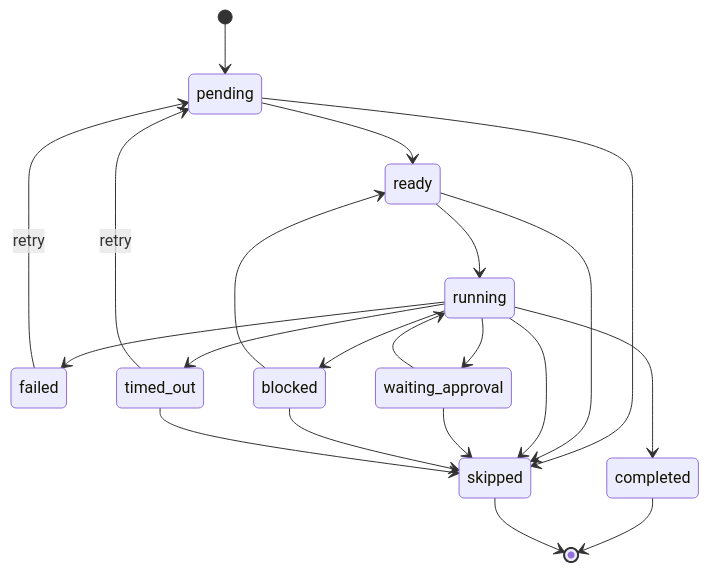
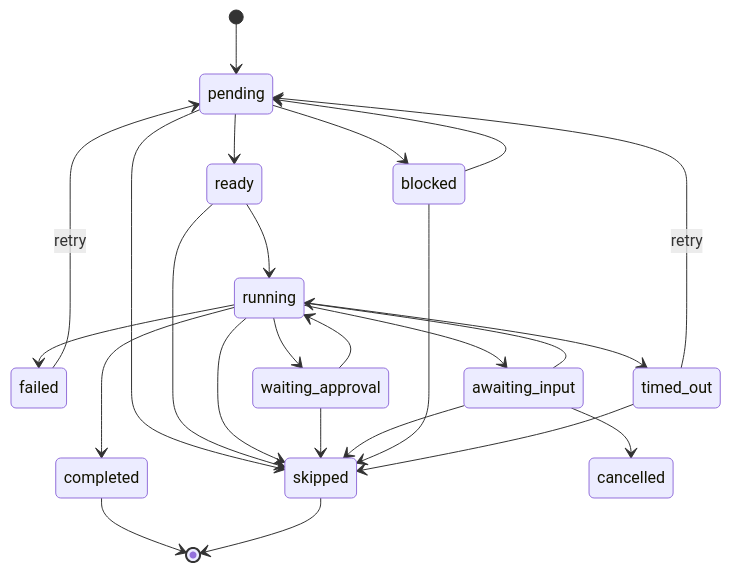
The third of 3 diagrams in docs/architecture/execution.md (shivadharmi/muldro), drawn with Mermaid before and after one commit. The commit also changed other lines of this file and 11 other files, not shown here.

First line of the commit message:
docs: update all architecture docs and README for post-15-spec redesign

````diff
--- a/docs/architecture/execution.md
+++ b/docs/architecture/execution.md
@@ -108,23 +105,27 @@
 ```mermaid
 stateDiagram-v2
     [*] --> pending
     pending --> ready
     pending --> skipped
+    pending --> blocked
     ready --> running
     ready --> skipped
     running --> completed
     running --> failed
     running --> waiting_approval
+    running --> awaiting_input
     running --> skipped
-    running --> blocked
     running --> timed_out
     waiting_approval --> running
     waiting_approval --> skipped
-    blocked --> ready
+    awaiting_input --> running
+    awaiting_input --> skipped
+    awaiting_input --> cancelled
+    blocked --> pending
     blocked --> skipped
     timed_out --> pending: retry
     timed_out --> skipped
     failed --> pending: retry
     completed --> [*]
     skipped --> [*]
 ```
````
